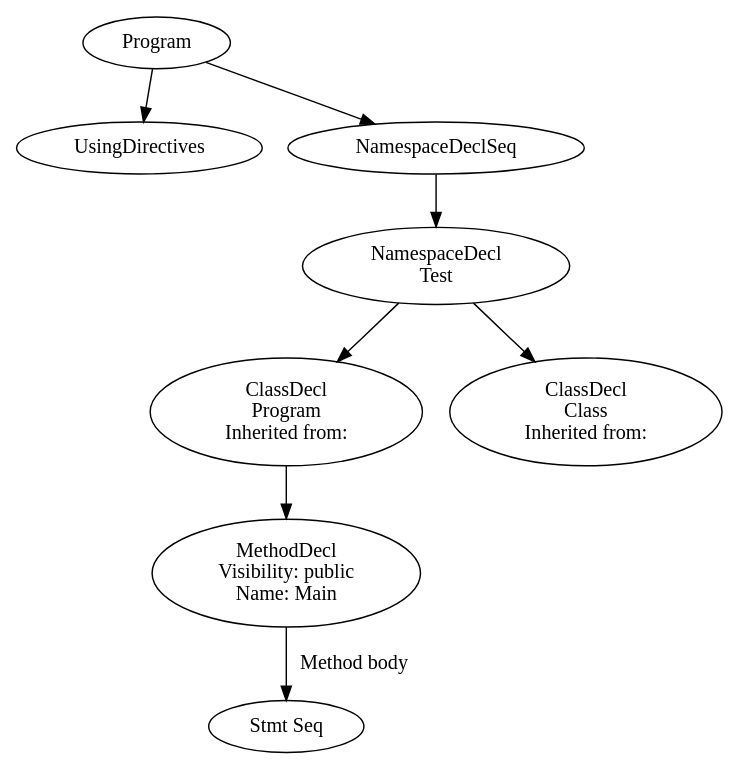
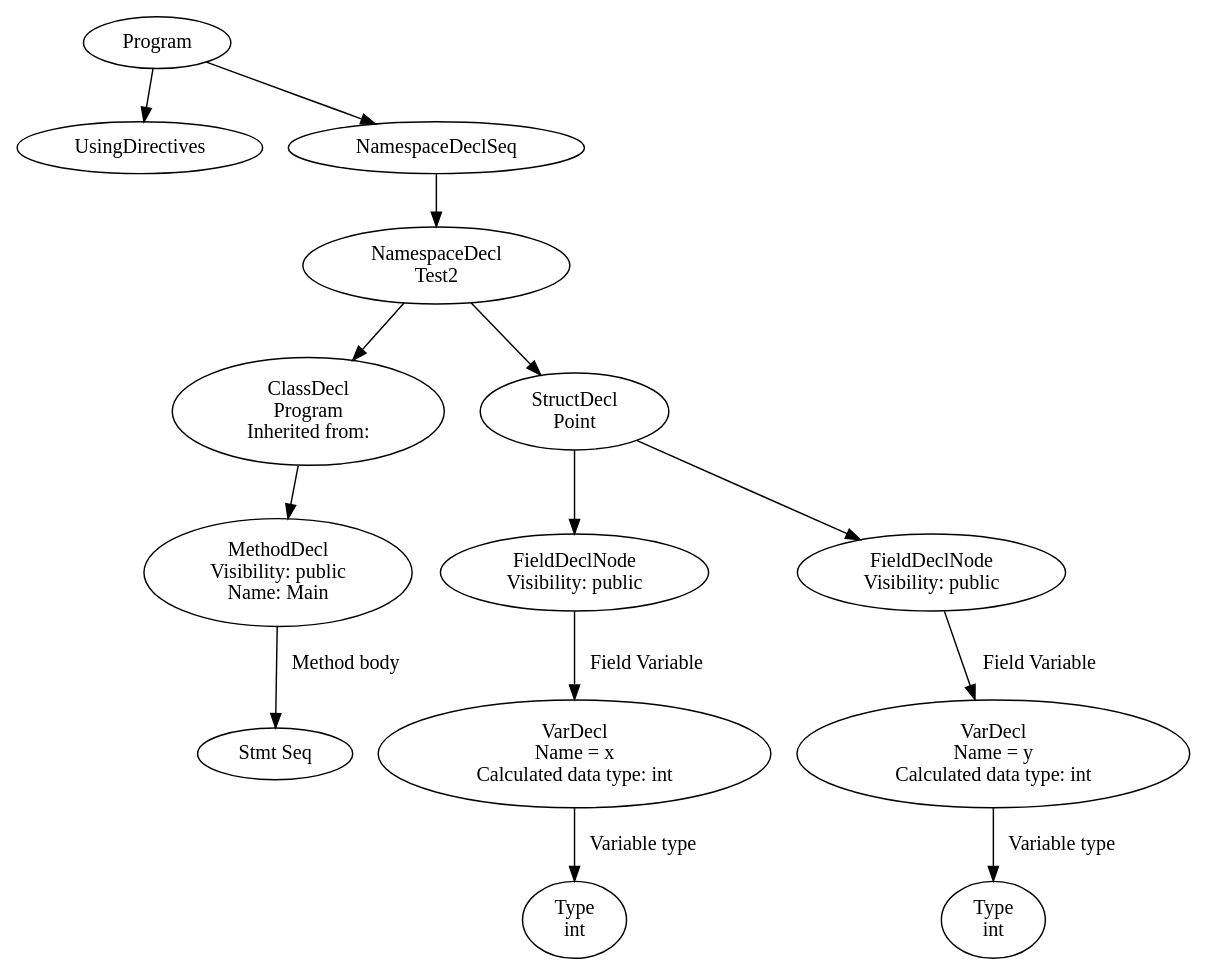
One commit to SergeyGT/CSharp_Compiler changed the diagram in lexer-build/ast.dot. Above: the diagram before and after it, drawn with Graphviz. The commit also changed 8 other files, not shown here.

```diff
--- a/lexer-build/ast.dot
+++ b/lexer-build/ast.dot
@@ -1,17 +1,29 @@
 digraph Program {
-14 [label="Program"]
+17 [label="Program"]
 0 [label="UsingDirectives"]
-13 [label="NamespaceDeclSeq"]
-12 [label="NamespaceDecl\nTest"]
+16 [label="NamespaceDeclSeq"]
+15 [label="NamespaceDecl\nTest2"]
 5 [label="ClassDecl\nProgram\n Inherited from: "]
 3 [label="MethodDecl\nVisibility: public\nName: Main"]
 2 [label="Stmt Seq"]
 3 -> 2 [label="Method body"]
 5 -> 3
-12 -> 5
-11 [label="ClassDecl\nClass\n Inherited from: "]
-12 -> 11
-13 -> 12
-14 -> 0
+15 -> 5
+14 [label="StructDecl\nPoint"]
+9 [label="FieldDeclNode\nVisibility: public"]
+8 [label="VarDecl\nName = x\nCalculated data type: int"]
+7 [label="Type\nint"]
+8 -> 7 [label="Variable type"]
+9 -> 8 [label="Field Variable"]
+14 -> 9
+13 [label="FieldDeclNode\nVisibility: public"]
+12 [label="VarDecl\nName = y\nCalculated data type: int"]
+11 [label="Type\nint"]
+12 -> 11 [label="Variable type"]
+13 -> 12 [label="Field Variable"]
 14 -> 13
+15 -> 14
+16 -> 15
+17 -> 0
+17 -> 16
 }
```
